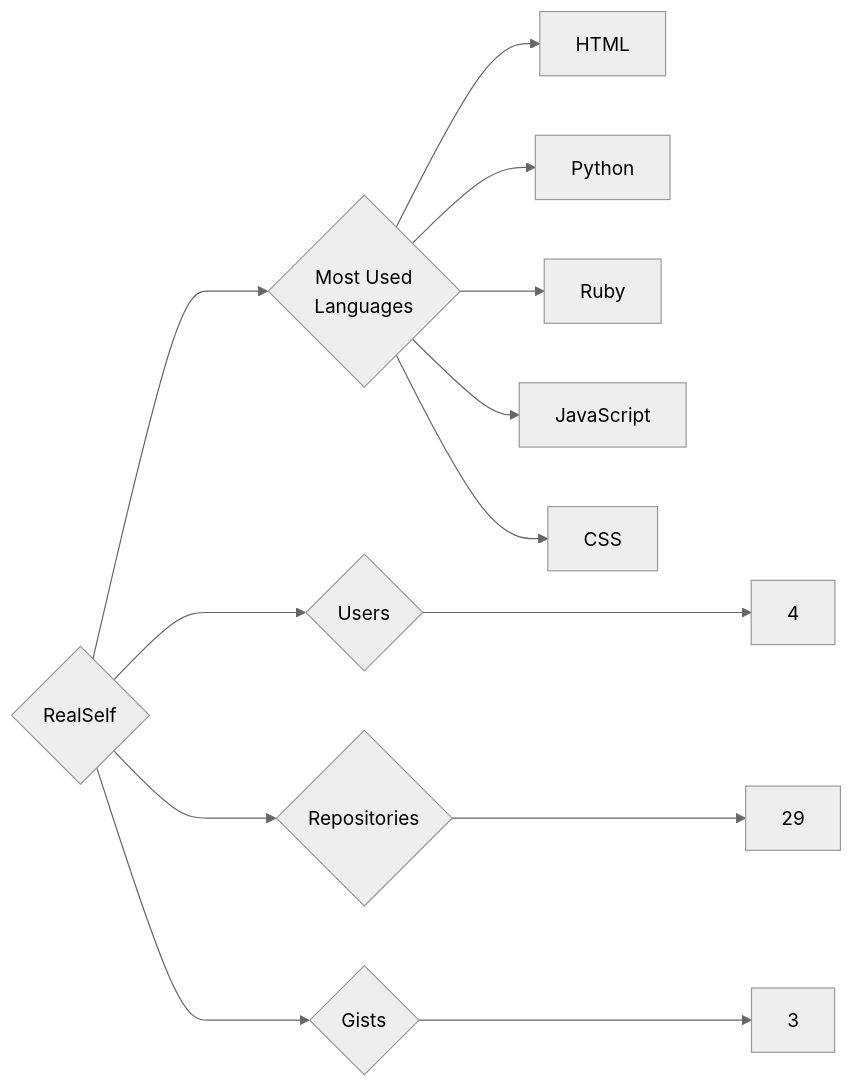
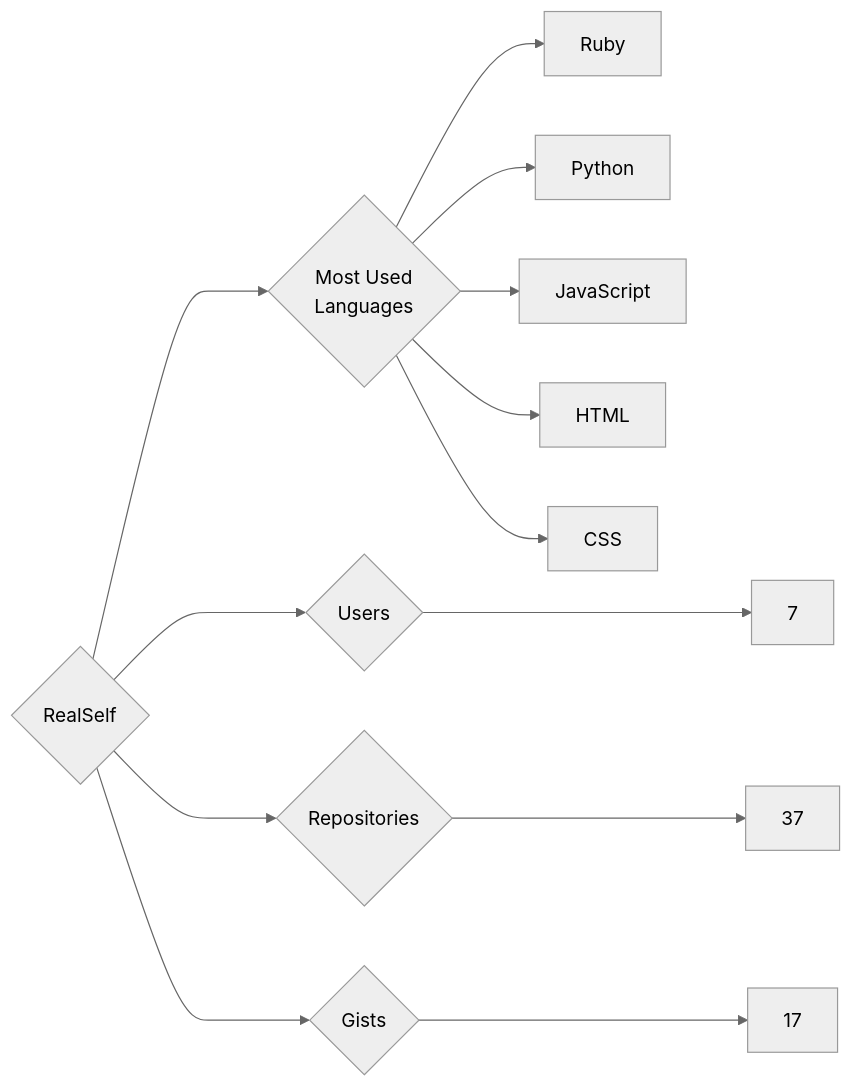
The diagram in targets/RealSelf/README.md (trickest/insiders), drawn with Mermaid (neutral theme) before and after one commit. The commit also changed 953 other files, not shown here.

````diff
--- a/targets/RealSelf/README.md
+++ b/targets/RealSelf/README.md
@@ -3,13 +3,13 @@
 ```mermaid
 graph LR
 COMPANY_NAME{RealSelf}
-COMPANY_NAME ---> U{Users} ---> UN[4]
-COMPANY_NAME ---> R{Repositories} ---> RN[29]
-COMPANY_NAME ---> G{Gists} ---> GN[3]
+COMPANY_NAME ---> U{Users} ---> UN[7]
+COMPANY_NAME ---> R{Repositories} ---> RN[37]
+COMPANY_NAME ---> G{Gists} ---> GN[17]
 COMPANY_NAME ---> ML{Most Used<br>Languages}
+ML --> Ruby[Ruby]
+ML --> Python[Python]
+ML --> JavaScript[JavaScript]
 ML --> HTML[HTML]
-ML --> Python[Python]
-ML --> Ruby[Ruby]
-ML --> JavaScript[JavaScript]
 ML --> CSS[CSS]
 ```
````
